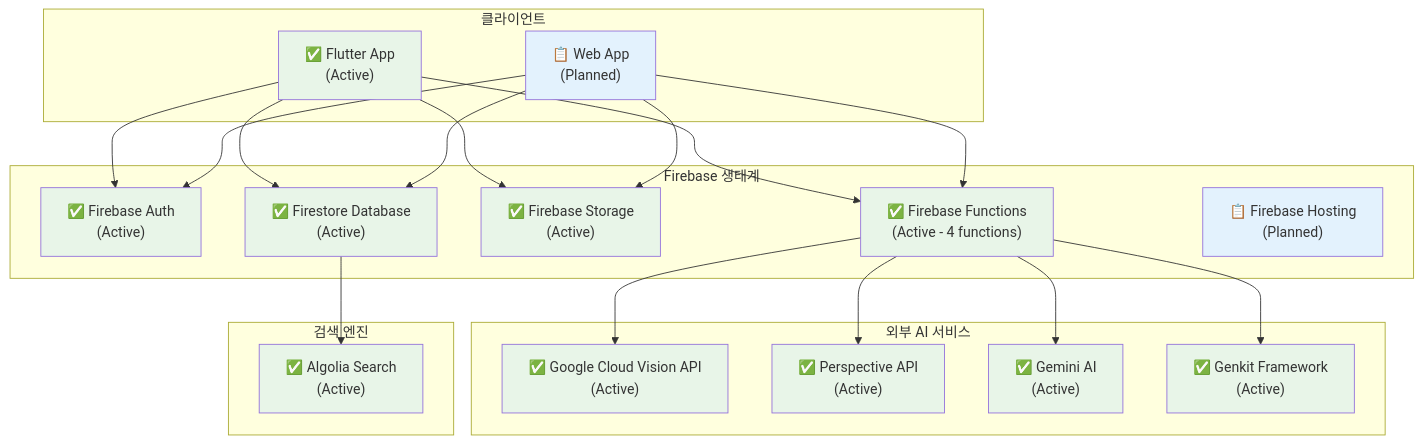
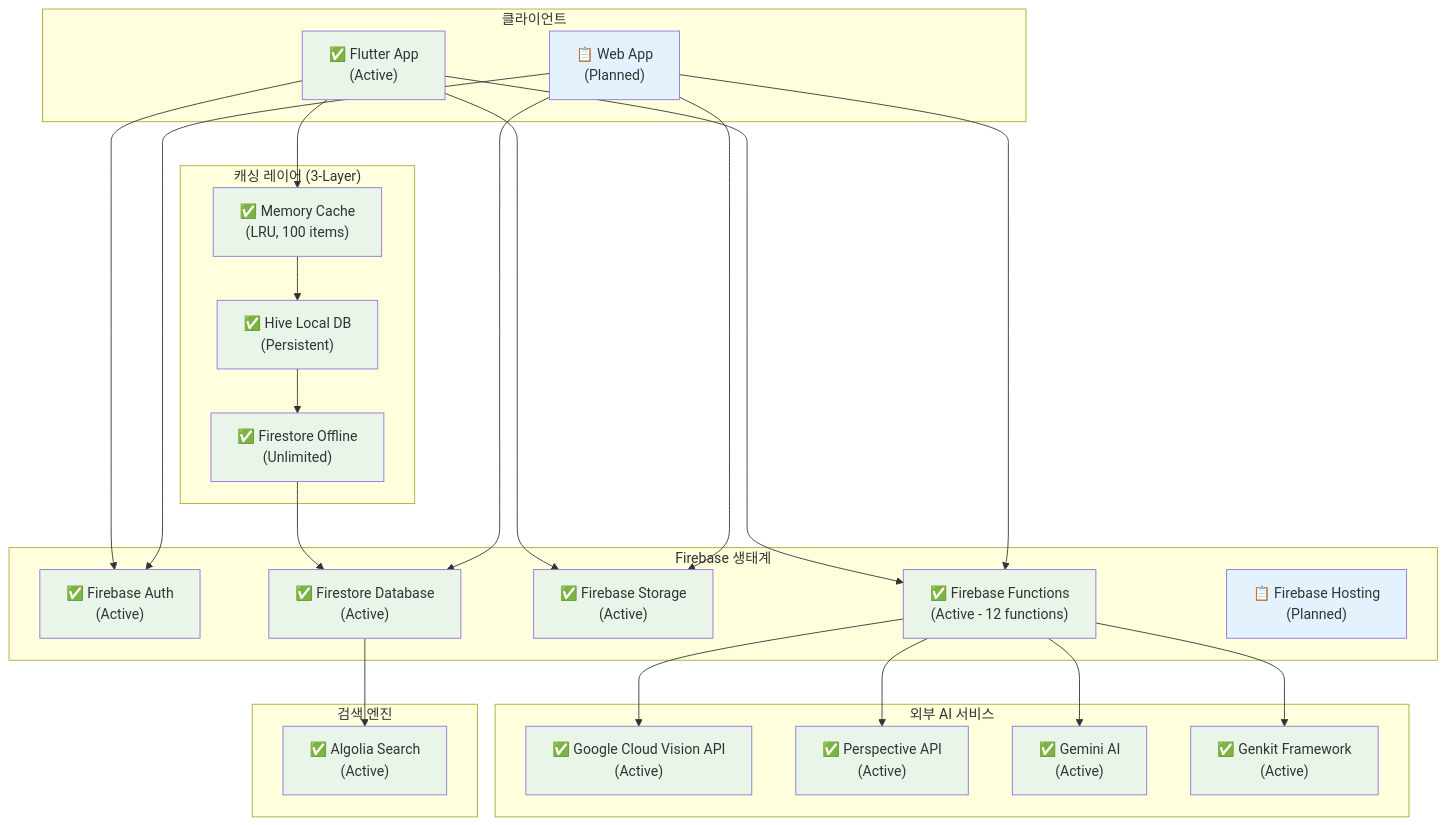
The first of 17 diagrams in 백엔드다이어그램.md (gblack84/versus-cursor), drawn with Mermaid before and after one commit. The commit also changed other lines of this file and 35 other files, not shown here.

````diff
--- a/백엔드다이어그램.md
+++ b/백엔드다이어그램.md
@@ -5,55 +5,68 @@
 ```mermaid
 graph TB
     subgraph "클라이언트"
         A["✅ Flutter App<br/>(Active)"]
         B["📋 Web App<br/>(Planned)"]
     end
     
+    subgraph "캐싱 레이어 (3-Layer)"
+        M["✅ Memory Cache<br/>(LRU, 100 items)"]
+        N["✅ Hive Local DB<br/>(Persistent)"]
+        O["✅ Firestore Offline<br/>(Unlimited)"]
+    end
+    
     subgraph "Firebase 생태계"
         C["✅ Firebase Auth<br/>(Active)"]
         D["✅ Firestore Database<br/>(Active)"]
         E["✅ Firebase Storage<br/>(Active)"]
-        F["✅ Firebase Functions<br/>(Active - 4 functions)"]
+        F["✅ Firebase Functions<br/>(Active - 12 functions)"]
         G["📋 Firebase Hosting<br/>(Planned)"]
     end
     
     subgraph "외부 AI 서비스"
         H["✅ Google Cloud Vision API<br/>(Active)"]
         I["✅ Perspective API<br/>(Active)"]
         J["✅ Gemini AI<br/>(Active)"]
         K["✅ Genkit Framework<br/>(Active)"]
     end
     
     subgraph "검색 엔진"
         L["✅ Algolia Search<br/>(Active)"]
     end
     
+    A --> M
+    M --> N
+    N --> O
+    O --> D
+    
     A --> C
-    A --> D
     A --> E
     A --> F
     B --> C
     B --> D
     B --> E
     B --> F
     
     F --> H
     F --> I
     F --> J
     F --> K
     
     D --> L
     
     style A fill:#e8f5e8
     style B fill:#e3f2fd
     style C fill:#e8f5e8
     style D fill:#e8f5e8
     style E fill:#e8f5e8
     style F fill:#e8f5e8
     style G fill:#e3f2fd
     style H fill:#e8f5e8
     style I fill:#e8f5e8
     style J fill:#e8f5e8
     style K fill:#e8f5e8
     style L fill:#e8f5e8
+    style M fill:#e8f5e8
+    style N fill:#e8f5e8
+    style O fill:#e8f5e8
 ```
````
